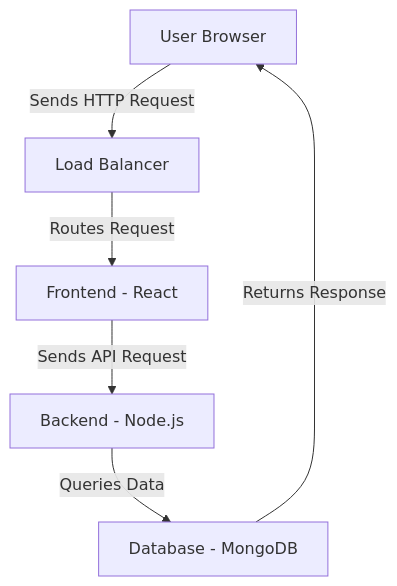
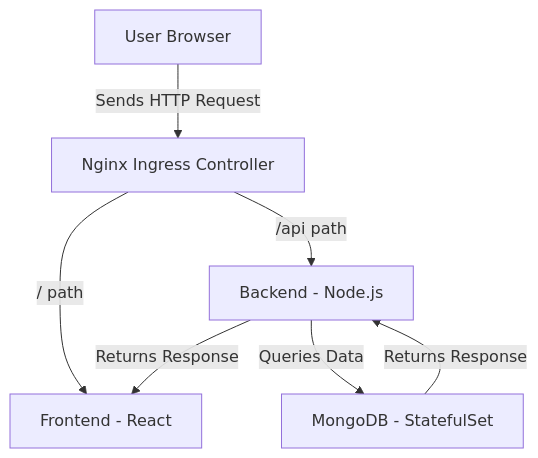
One commit to Asad881/project-ares changed the diagram in README.md. Above: the diagram before and after it, drawn with Mermaid. The commit also changed other lines of this file, not shown here.

Commit message:
docs: update README to reflect Ingress deployment and accurate feature scope

````diff
--- a/README.md
+++ b/README.md
@@ -26,8 +11,9 @@
 ```mermaid
 graph TD
-    A[User Browser] --> |Sends HTTP Request| B[Load Balancer]
-    B --> |Routes Request| C[Frontend - React]
-    C --> |Sends API Request| D[Backend - Node.js]
-    D --> |Queries Data| E[Database - MongoDB]
-    E --> |Returns Response| A
+    A[User Browser] --> |Sends HTTP Request| B[Nginx Ingress Controller]
+    B --> |"/ path"| C[Frontend - React]
+    B --> |"/api path"| D[Backend - Node.js]
+    D --> |Queries Data| E[MongoDB - StatefulSet]
+    E --> |Returns Response| D
+    D --> |Returns Response| C
 ```
````
